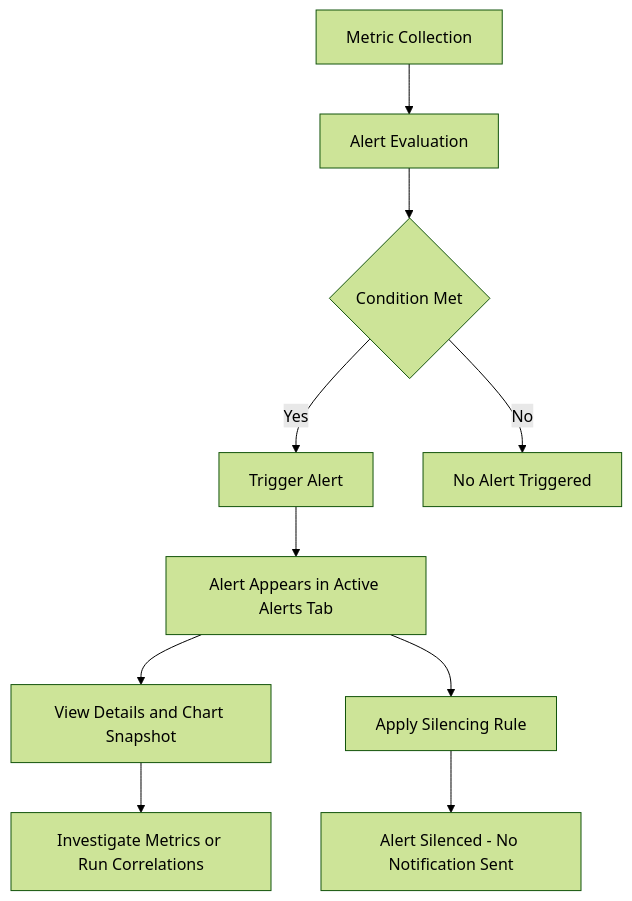
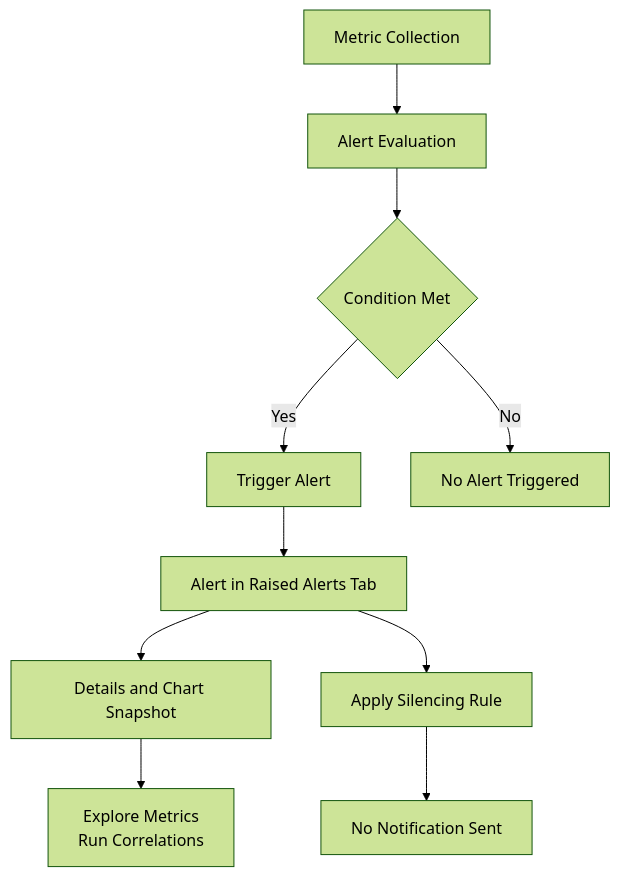
Before and after one commit to netdata/netdata: the diagram in docs/dashboards-and-charts/alerts-tab.md, drawn with Mermaid (forest theme). The commit also changed other lines of this file and 9 other files, not shown here.

````diff
--- a/docs/dashboards-and-charts/alerts-tab.md
+++ b/docs/dashboards-and-charts/alerts-tab.md
@@ -117,12 +119,12 @@
 ```mermaid
 graph TD
     A[Metric Collection] --> B[Alert Evaluation]
     B --> C{Condition Met}
     C -- Yes --> D[Trigger Alert]
-    D --> E[Alert Appears in Active Alerts Tab]
-    E --> F[View Details and Chart Snapshot]
+    D --> E[Alert in Raised Alerts Tab]
+    E --> F[Details and Chart Snapshot]
     E --> G[Apply Silencing Rule]
-    F --> H[Investigate Metrics or Run Correlations]
-    G --> I[Alert Silenced - No Notification Sent]
+    F --> H[Explore Metrics<br/>Run Correlations]
+    G --> I[No Notification Sent]
     C -- No --> J[No Alert Triggered]
 ```
````
